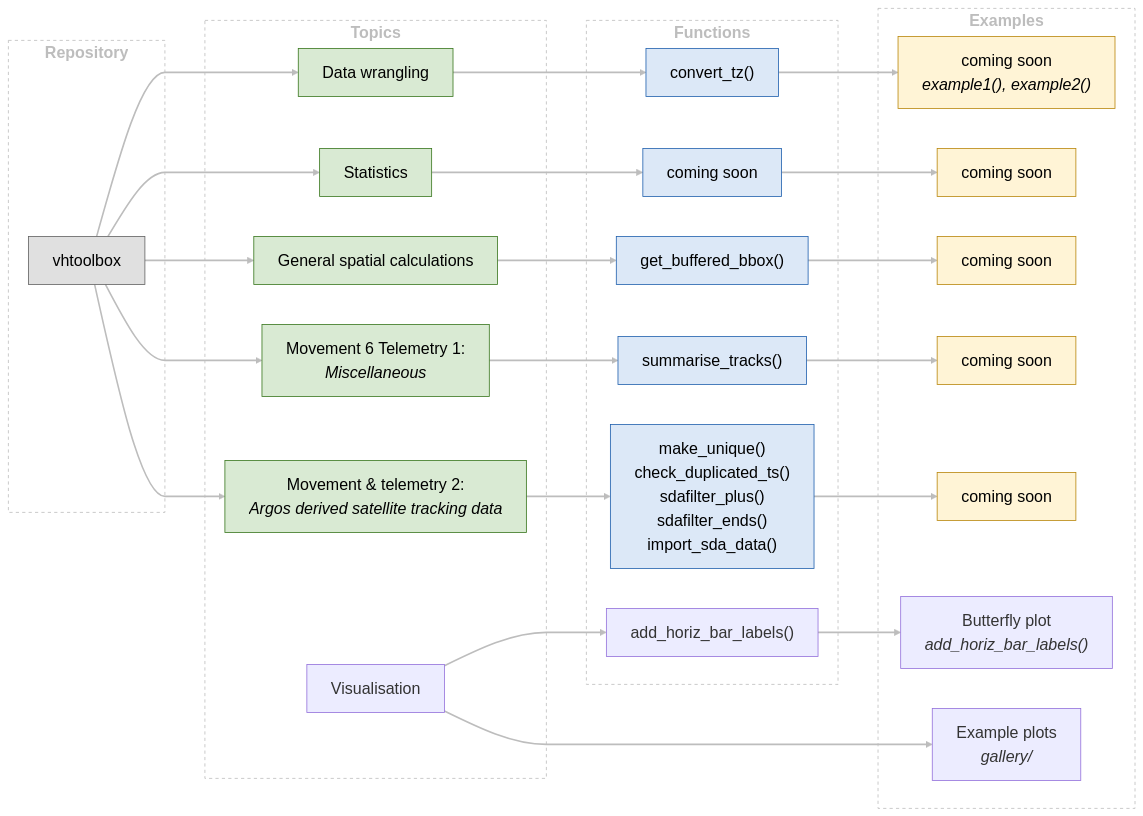
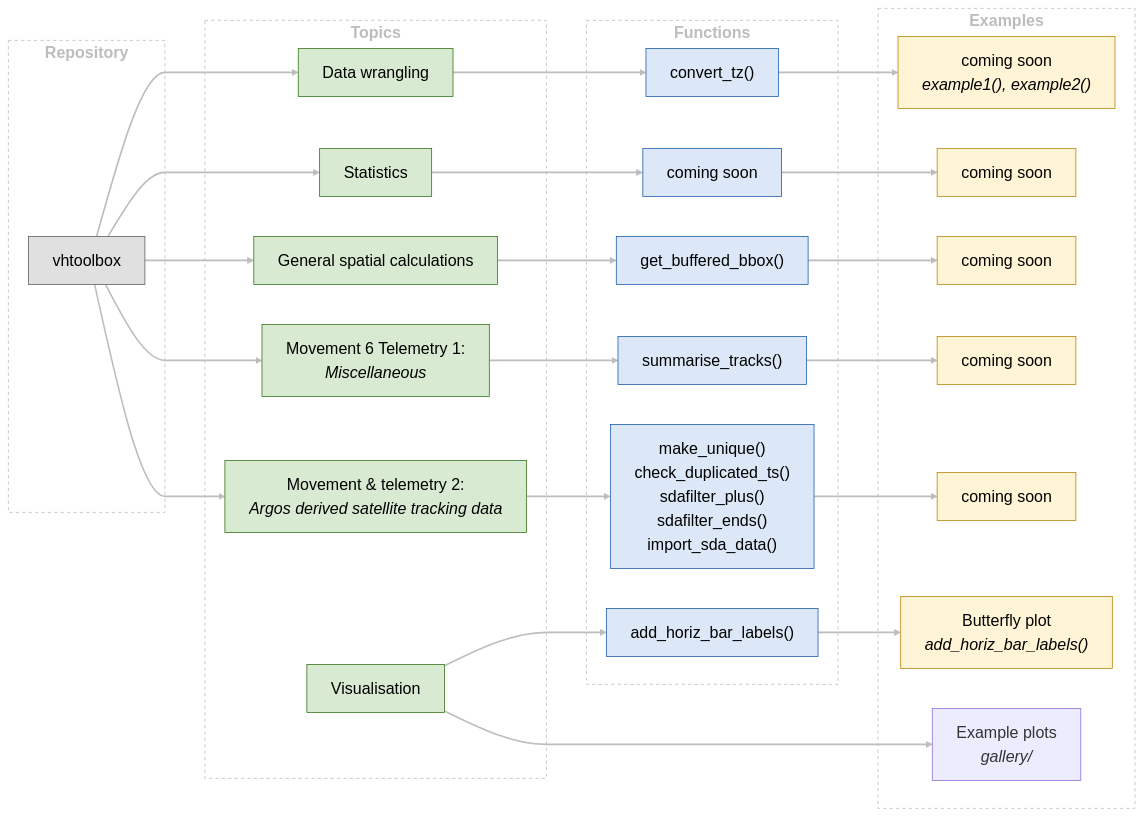
Before and after one commit to vheim/vhtoolbox: the diagram in README.md, drawn with Mermaid. The commit also changed other lines of this file, not shown here.

Commit message:
mermaid corrections

````diff
--- a/README.md
+++ b/README.md
@@ -30,72 +25,72 @@
 ```mermaid
 ---
 config:
   theme: default
   themeVariables:
     fontSize: 20px
     lineColor: "#BDBDBD"
   themeCSS: ".marker { overflow: visible; } .marker path { transform: scale(1.5); transform-origin: 10px 5px; }"
   look: classic
   layout: dagre
   flowchart:
     curve: monotoneX
     wrappingWidth: 400
 ---
 flowchart LR
   subgraph L1["`**Repository**`"]
     R["vhtoolbox"]
   end
   subgraph L2["`**Topics**`"]
     T1["Data wrangling"]
     T2["Statistics"]
     T3["General spatial calculations"]
     T4["Movement 6 Telemetry 1:<br/><i>Miscellaneous</i>"]
     T5["Movement & telemetry 2:<br/><i>Argos derived satellite tracking data</i>"]
     T6["Visualisation"]
   end
   subgraph L3["`**Functions**`"]
     F1["convert_tz()"]
     F2["coming soon"]
     F3["get_buffered_bbox()"]
     F4["summarise_tracks()"]
     F5["make_unique()<br/>check_duplicated_ts()<br/>sdafilter_plus()<br/>sdafilter_ends()<br/>import_sda_data()"]
     F6["add_horiz_bar_labels()"]
   end
   subgraph L4["`**Examples**`"]
     E1["coming soon<br/><i>example1(), example2()</i>"]
     E2["coming soon"]
     E3["coming soon"]
     E4["coming soon"]
     E5["coming soon"]
     E6["Butterfly plot<br/><i>add_horiz_bar_labels()</i>"]
     G6["Example plots<br/><i>gallery/</i>"]
   end
 
   R --> T1 & T2 & T3 & T4 & T5
   T1 --> F1 --> E1
   T2 --> F2 --> E2
   T3 --> F3 --> E3
   T4 --> F4 --> E4
   T5 --> F5 --> E5
   T6 --> F6 --> E6
   T6 ---> G6
 
   %% One example box per topic: replace "coming soon" with the example name(s),
   %% each followed by the functions it uses in italics, e.g.
   %%   E4["Rexample_sdafilter_plus.R<br/><i>sdafilter_plus(), sdafilter_ends()</i>"]
   %% ---> (three dashes) skips one column: Visualisation -> gallery box in the Examples column
 
   classDef repo     fill:#E0E0E0,stroke:#616161,color:#000;
   classDef topic    fill:#D9EAD3,stroke:#38761D,color:#000;
   classDef func     fill:#DCE8F7,stroke:#1F5FAD,color:#000;
   classDef example  fill:#FFF4D6,stroke:#B8860B,color:#000;
   classDef gallery  fill:#F3E5F5,stroke:#7B1FA2,color:#000;
   classDef level    fill:none,stroke:#BDBDBD,stroke-dasharray:4 4,color:#BDBDBD;
   class R repo;
-  class T1,T2,T3,T4,T5 topic;
-  class F1,F2,F3,F4,F5 func;
-  class E1,E2,E3,E4,E5 example;
+  class T1,T2,T3,T4,T5,T6 topic;
+  class F1,F2,F3,F4,F5,F6 func;
+  class E1,E2,E3,E4,E5,E6 example;
   class G5 gallery;
   class L1,L2,L3,L4 level;
   linkStyle default stroke:#BDBDBD,stroke-width:2.0px;
 ```
````
